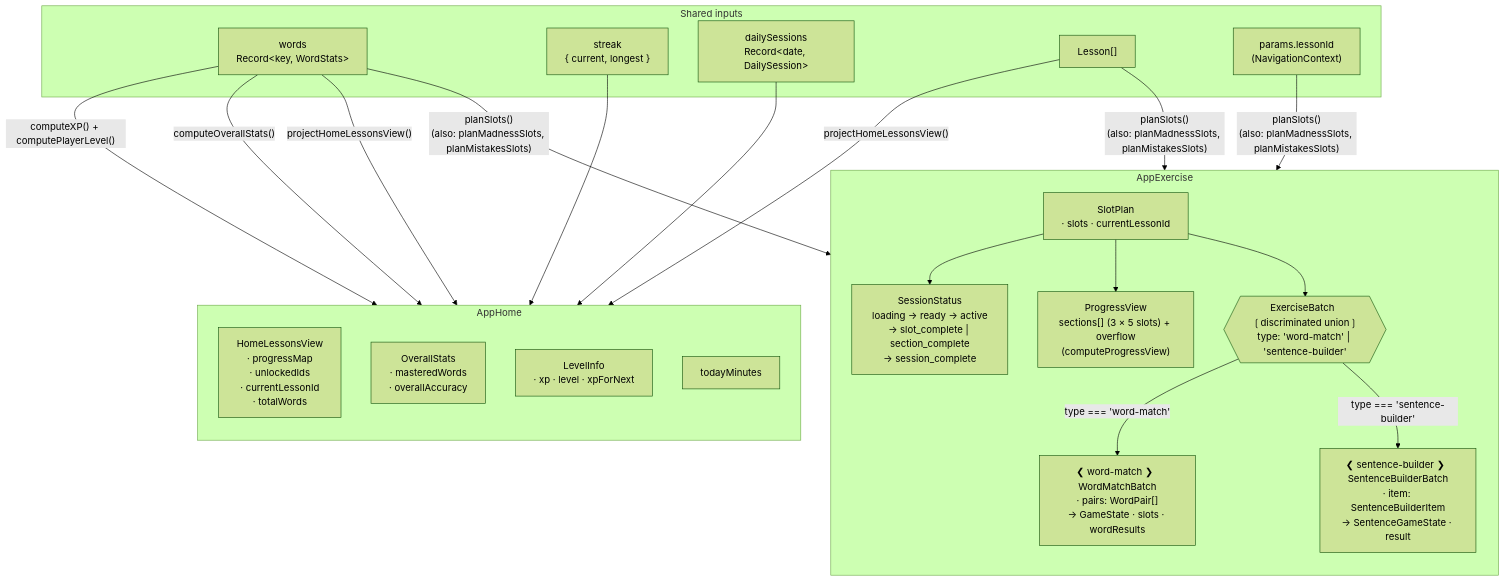
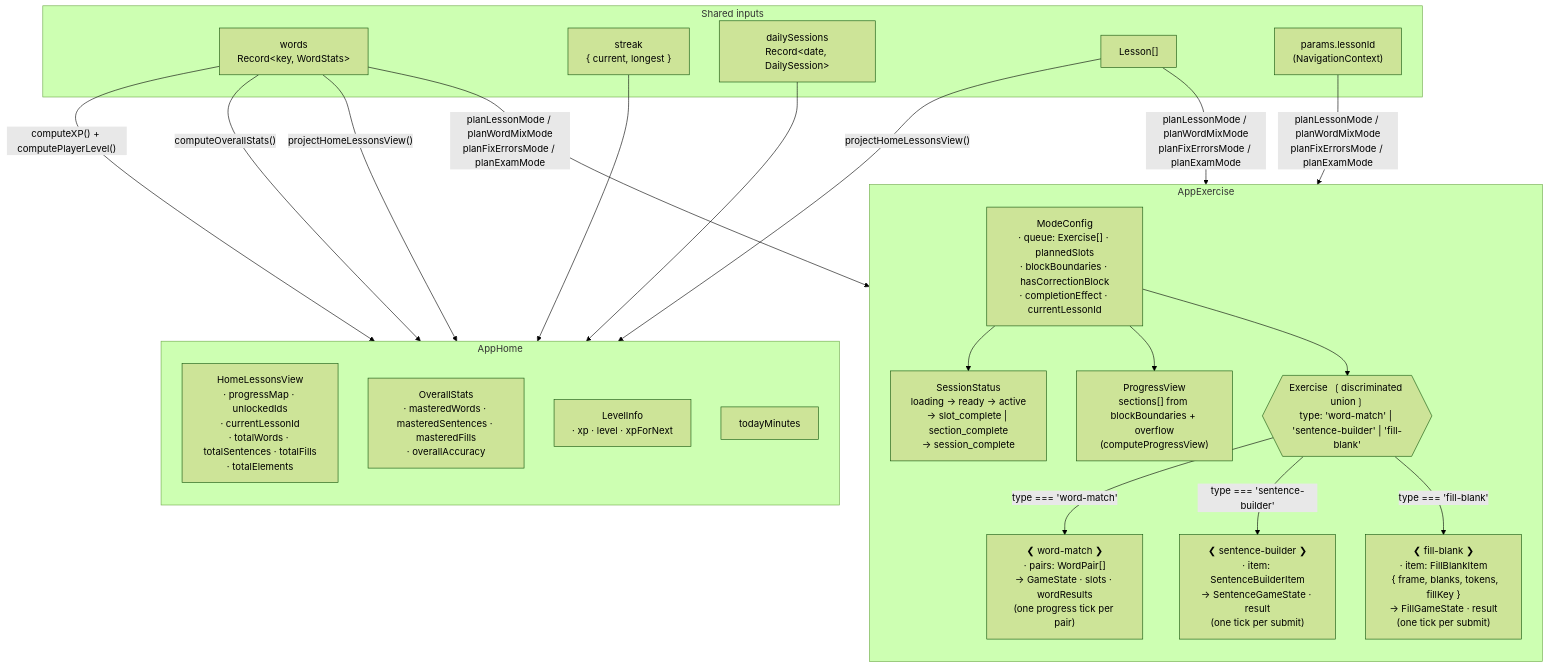
The second of 3 diagrams in CLAUDE.md (ashenwolf/roude-leiw-web), drawn with Mermaid (forest theme) before and after one commit. The commit also changed other lines of this file and 51 other files, not shown here.

````diff
--- a/CLAUDE.md
+++ b/CLAUDE.md
@@ -388,41 +418,43 @@
 ```mermaid
 flowchart TD
   subgraph sources["Shared inputs"]
     words["words\nRecord&lt;key, WordStats&gt;"]
     streak["streak\n{ current, longest }"]
     daily["dailySessions\nRecord&lt;date, DailySession&gt;"]
     lessons["Lesson[]"]
     lessonId["params.lessonId\n(NavigationContext)"]
   end
 
   subgraph home["AppHome"]
     direction TB
-    hv["HomeLessonsView\n· progressMap\n· unlockedIds\n· currentLessonId\n· totalWords"]
-    hstats["OverallStats\n· masteredWords\n· overallAccuracy"]
+    hv["HomeLessonsView\n· progressMap · unlockedIds\n· currentLessonId\n· totalWords · totalSentences · totalFills\n· totalElements"]
+    hstats["OverallStats\n· masteredWords · masteredSentences · masteredFills\n· overallAccuracy"]
     hxp["LevelInfo\n· xp · level · xpForNext"]
     htoday["todayMinutes"]
   end
 
   subgraph exercise["AppExercise"]
     direction TB
-    eplan["SlotPlan\n· slots · currentLessonId"]
+    eplan["ModeConfig\n· queue: Exercise[] · plannedSlots\n· blockBoundaries · hasCorrectionBlock\n· completionEffect · currentLessonId"]
     estatus["SessionStatus\nloading → ready → active\n→ slot_complete | section_complete\n→ session_complete"]
-    ebatch{{"ExerciseBatch  ❲discriminated union❳\ntype: 'word-match' | 'sentence-builder'"}}
-    eprog["ProgressView\nsections[] (3 × 5 slots) + overflow\n(computeProgressView)"]
-    wm["❮ word-match ❯  WordMatchBatch\n· pairs: WordPair[]\n→ GameState · slots · wordResults"]
-    sb["❮ sentence-builder ❯  SentenceBuilderBatch\n· item: SentenceBuilderItem\n→ SentenceGameState · result"]
+    ebatch{{"Exercise  ❲discriminated union❳\ntype: 'word-match' | 'sentence-builder' | 'fill-blank'"}}
+    eprog["ProgressView\nsections[] from blockBoundaries + overflow\n(computeProgressView)"]
+    wm["❮ word-match ❯\n· pairs: WordPair[]\n→ GameState · slots · wordResults\n(one progress tick per pair)"]
+    sb["❮ sentence-builder ❯\n· item: SentenceBuilderItem\n→ SentenceGameState · result\n(one tick per submit)"]
+    fb["❮ fill-blank ❯\n· item: FillBlankItem\n  { frame, blanks, tokens, fillKey }\n→ FillGameState · result\n(one tick per submit)"]
   end
 
   words & lessons -->|"projectHomeLessonsView()"| hv
   words -->|"computeOverallStats()"| hstats
   words -->|"computeXP() + computePlayerLevel()"| hxp
   daily --> htoday
   streak --> home
 
-  words & lessons & lessonId -->|"planSlots()\n(also: planMadnessSlots, planMistakesSlots)"| eplan
+  words & lessons & lessonId -->|"planLessonMode / planWordMixMode\nplanFixErrorsMode / planExamMode"| eplan
   eplan --> estatus
   eplan --> eprog
   eplan --> ebatch
   ebatch -->|"type === 'word-match'"| wm
   ebatch -->|"type === 'sentence-builder'"| sb
+  ebatch -->|"type === 'fill-blank'"| fb
 ```
````
